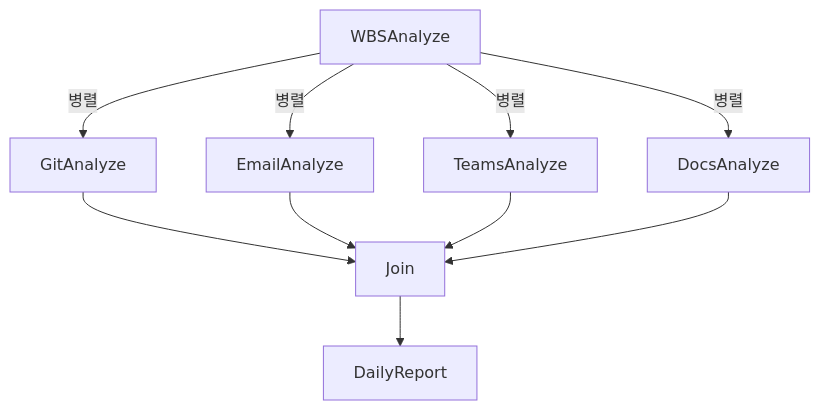
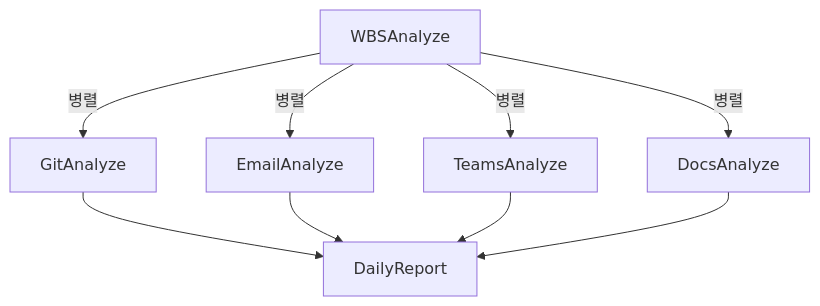
Before and after one commit to skala-yAXim/AI-end: the first of 3 diagrams in README.md, drawn with Mermaid. The commit also changed other lines of this file, not shown here.

````diff
--- a/README.md
+++ b/README.md
@@ -31,12 +31,11 @@
  ```mermaid
 graph TD;
     WBSAnalyze -->|병렬| GitAnalyze
     WBSAnalyze -->|병렬| EmailAnalyze
     WBSAnalyze -->|병렬| TeamsAnalyze
     WBSAnalyze -->|병렬| DocsAnalyze
-    GitAnalyze --> Join
-    EmailAnalyze --> Join
-    TeamsAnalyze --> Join
-    DocsAnalyze --> Join
-    Join --> DailyReport
+    GitAnalyze --> DailyReport
+    EmailAnalyze --> DailyReport
+    TeamsAnalyze --> DailyReport
+    DocsAnalyze --> DailyReport
 ```
````
